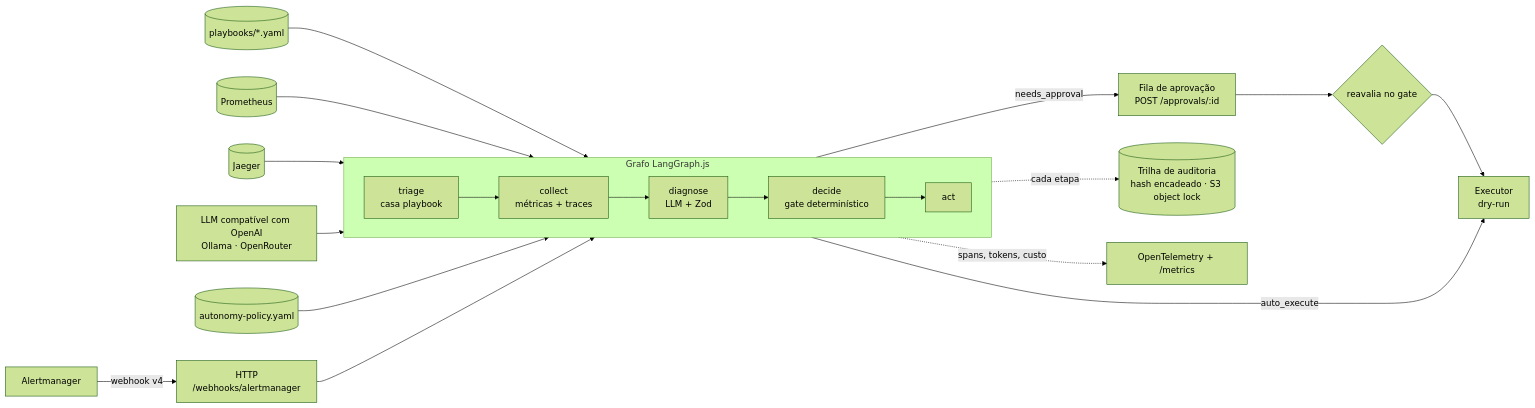
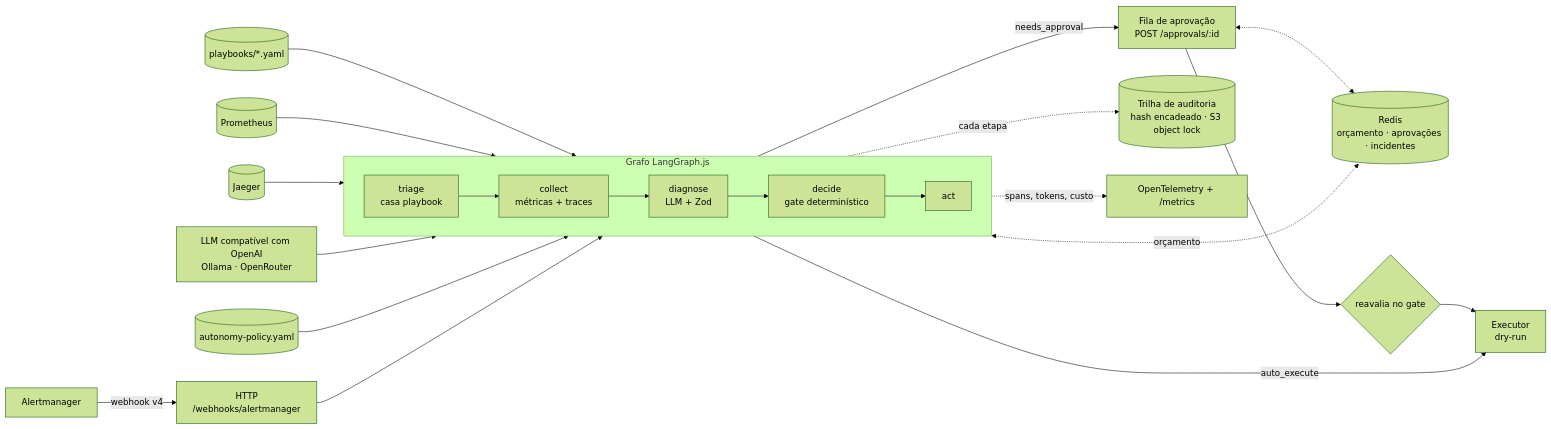
Before and after one commit to JohnnyMatteus/ops-copilot: the diagram in README.md, drawn with Mermaid (forest theme). The commit also changed other lines of this file and 35 other files, not shown here.

First line of the commit message:
feat: guarda orçamento, aprovações e incidentes no Redis atrás de portas

````diff
--- a/README.md
+++ b/README.md
@@ -23,22 +23,24 @@
 ```mermaid
 flowchart LR
   AM[Alertmanager] -- webhook v4 --> HTTP[HTTP<br/>/webhooks/alertmanager]
   HTTP --> G
 
   subgraph G[Grafo LangGraph.js]
     direction LR
     T[triage<br/>casa playbook] --> C[collect<br/>métricas + traces] --> D[diagnose<br/>LLM + Zod] --> DE[decide<br/>gate determinístico] --> A[act]
   end
 
   PB[(playbooks/*.yaml)] --> T
   PROM[(Prometheus)] --> C
   JAE[(Jaeger)] --> C
   LLM[LLM compatível com OpenAI<br/>Ollama · OpenRouter] --> D
   POL[(autonomy-policy.yaml)] --> DE
 
   A -- auto_execute --> EX[Executor<br/>dry-run]
   A -- needs_approval --> AP[Fila de aprovação<br/>POST /approvals/:id]
+  DE <-. orçamento .-> RE[(Redis<br/>orçamento · aprovações · incidentes)]
+  AP <-.-> RE
   AP --> DE2{reavalia no gate} --> EX
   G -. cada etapa .-> AU[(Trilha de auditoria<br/>hash encadeado · S3 object lock)]
   G -. spans, tokens, custo .-> OTEL[OpenTelemetry + /metrics]
 ```
````
